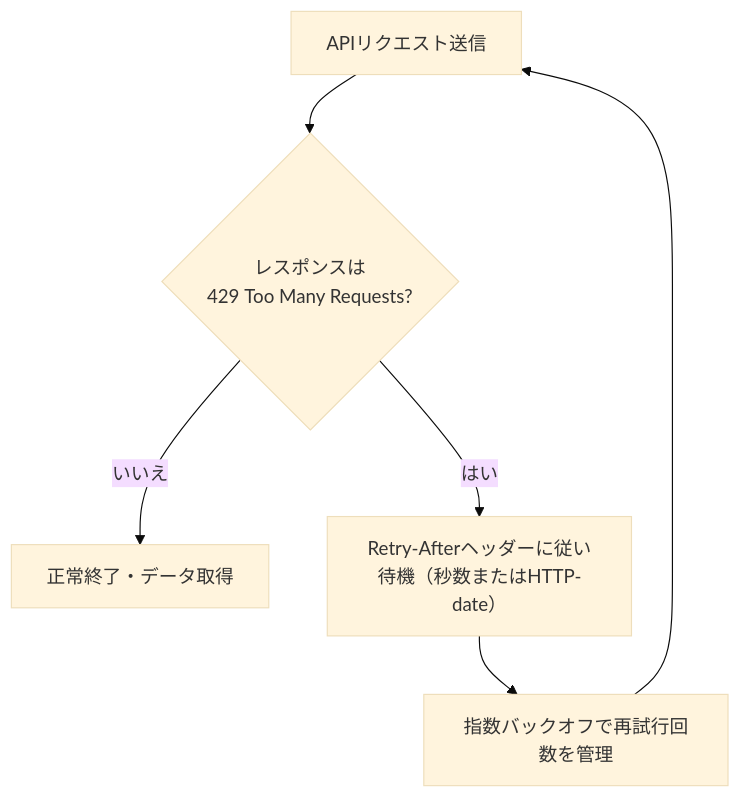
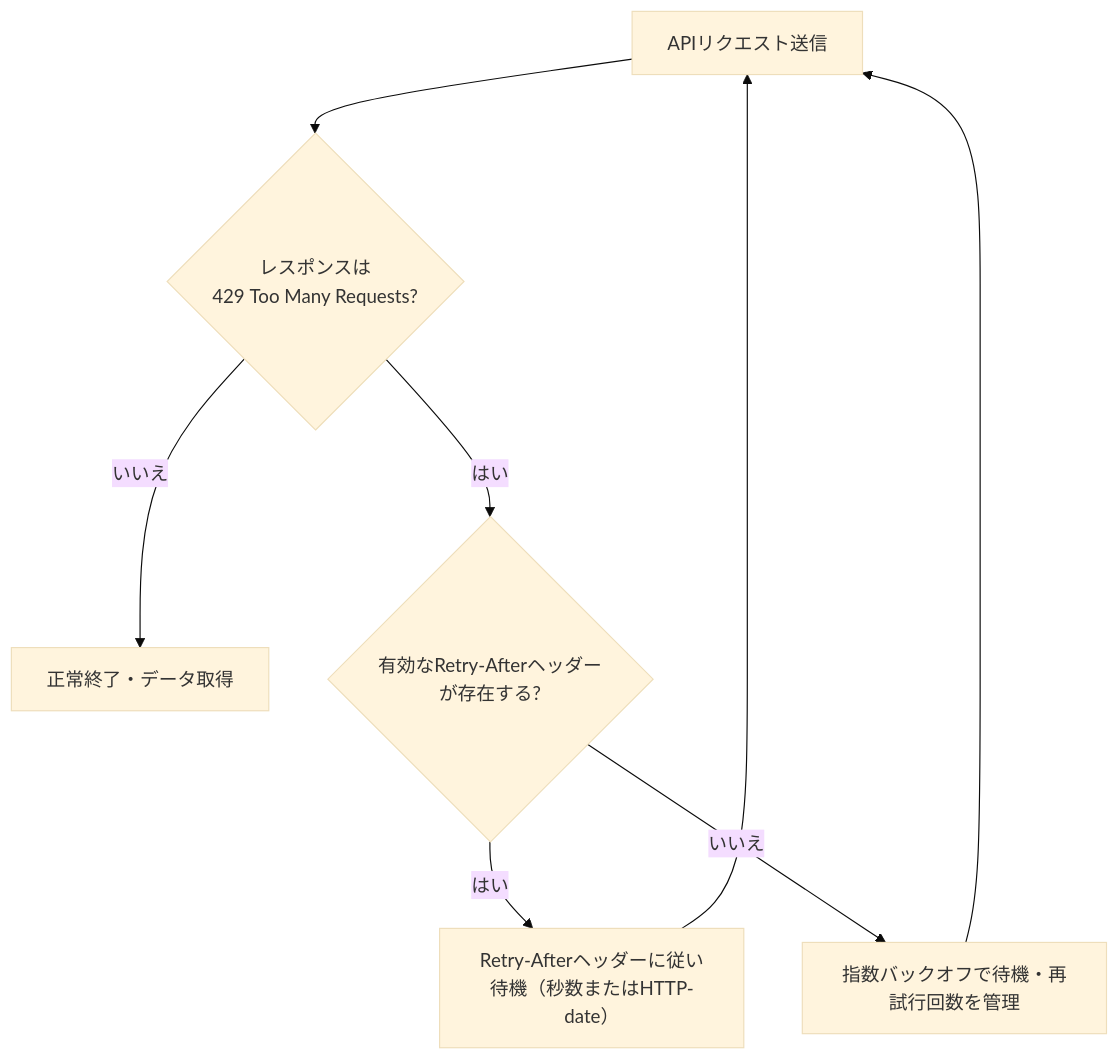
The seventh of 9 diagrams in archive/Cisco/md/ccna/Ccna-automation-api-guide.md (myoshi2891/Cloud-Infrastructure-Studies), drawn with Mermaid (base theme) before and after one commit. The commit also changed other lines of this file and 3 other files, not shown here.

Commit message:
docs: update Retry-After documentation and Mermaid diagram for consistency

````diff
--- a/archive/Cisco/md/ccna/Ccna-automation-api-guide.md
+++ b/archive/Cisco/md/ccna/Ccna-automation-api-guide.md
@@ -321,8 +321,10 @@
 ```mermaid
 flowchart TB
     Req["APIリクエスト送信"] --> Check{"レスポンスは<br/>429 Too Many Requests?"}
     Check -- いいえ --> Done["正常終了・データ取得"]
-    Check -- はい --> Wait["Retry-Afterヘッダーに従い待機（秒数またはHTTP-date）"]
-    Wait --> Backoff["指数バックオフで再試行回数を管理"]
+    Check -- はい --> Valid{"有効なRetry-Afterヘッダーが存在する?"}
+    Valid -- はい --> Wait["Retry-Afterヘッダーに従い待機（秒数またはHTTP-date）"]
+    Wait --> Req
+    Valid -- いいえ --> Backoff["指数バックオフで待機・再試行回数を管理"]
     Backoff --> Req
 ```
````
